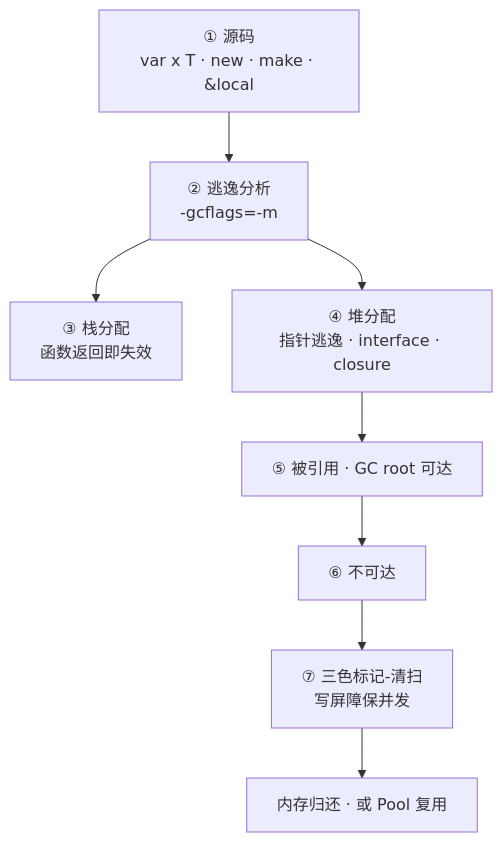
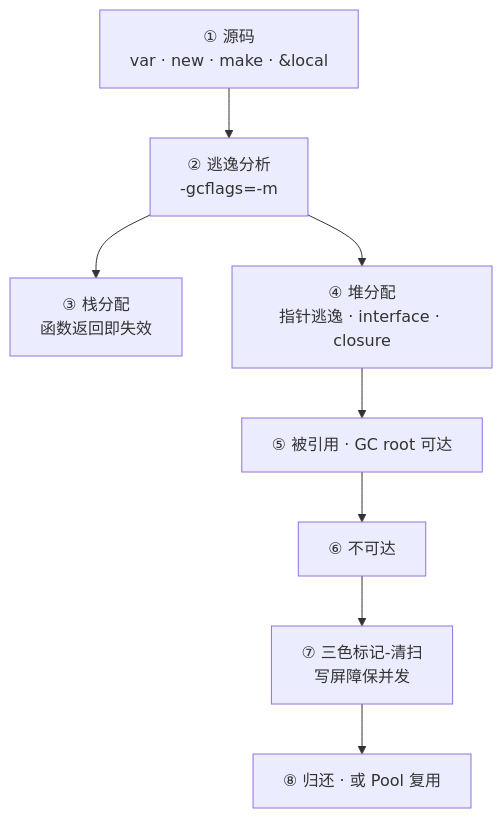
One commit to ml-cuizijun/LearnToLilith changed the first of 5 diagrams in 05-开发能力/03-Go/11-GC内存与逃逸分析/知识点.md. Above: the diagram before and after it, drawn with Mermaid. The commit also changed other lines of this file and 178 other files, not shown here.

````diff
--- a/05-开发能力/03-Go/11-GC内存与逃逸分析/知识点.md
+++ b/05-开发能力/03-Go/11-GC内存与逃逸分析/知识点.md
@@ -133,10 +122,10 @@
 ```mermaid
 flowchart TB
-    SRC["① 源码<br/>var x T · new · make · &local"] --> ESC["② 逃逸分析<br/>-gcflags=-m"]
+    SRC["① 源码<br/>var · new · make · &local"] --> ESC["② 逃逸分析<br/>-gcflags=-m"]
     ESC --> STACK["③ 栈分配<br/>函数返回即失效"]
     ESC --> HEAP["④ 堆分配<br/>指针逃逸 · interface · closure"]
     HEAP --> USE["⑤ 被引用 · GC root 可达"]
     USE --> UNREF["⑥ 不可达"]
     UNREF --> GC["⑦ 三色标记-清扫<br/>写屏障保并发"]
-    GC --> FREE["内存归还 · 或 Pool 复用"]
+    GC --> FREE["⑧ 归还 · 或 Pool 复用"]
 ```
````
